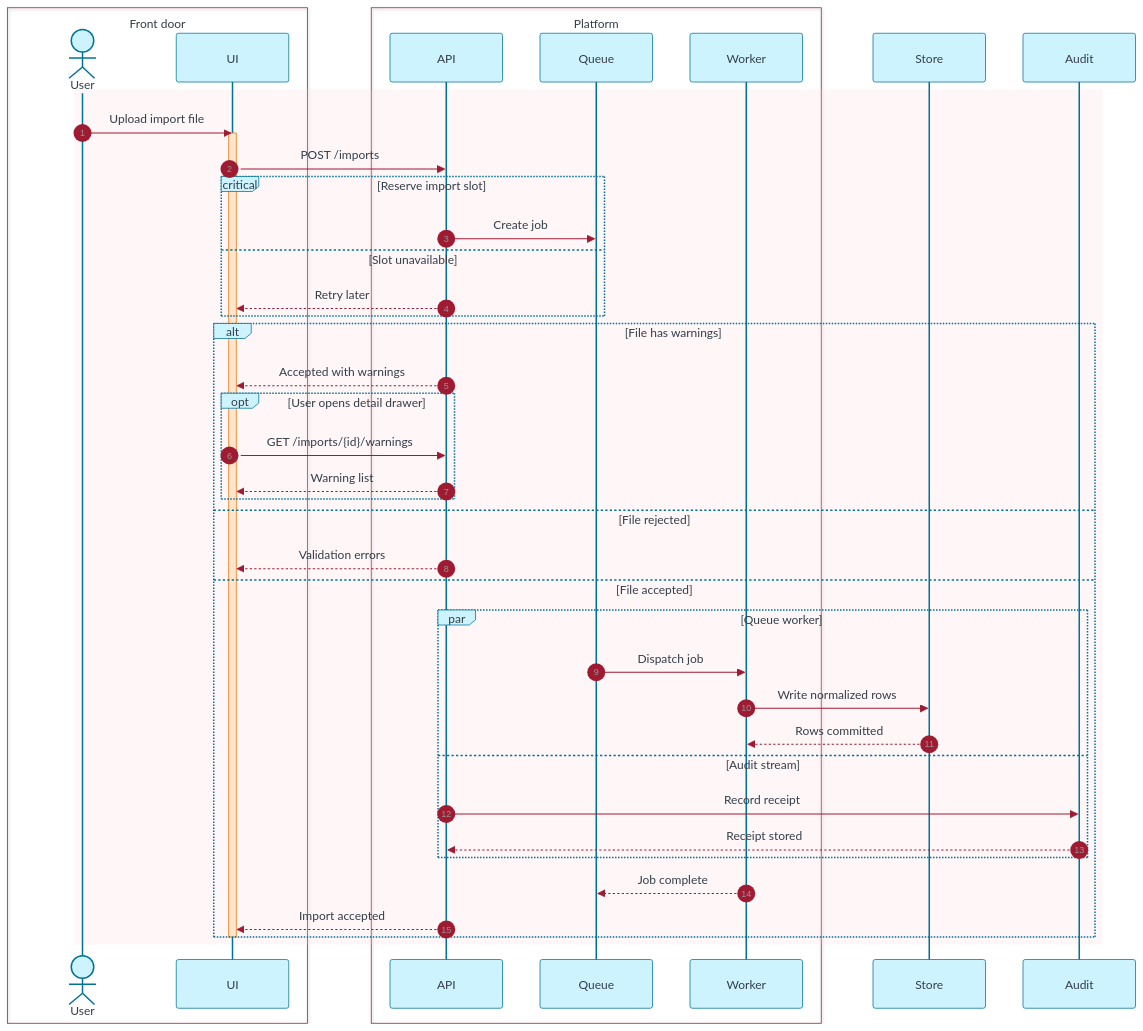
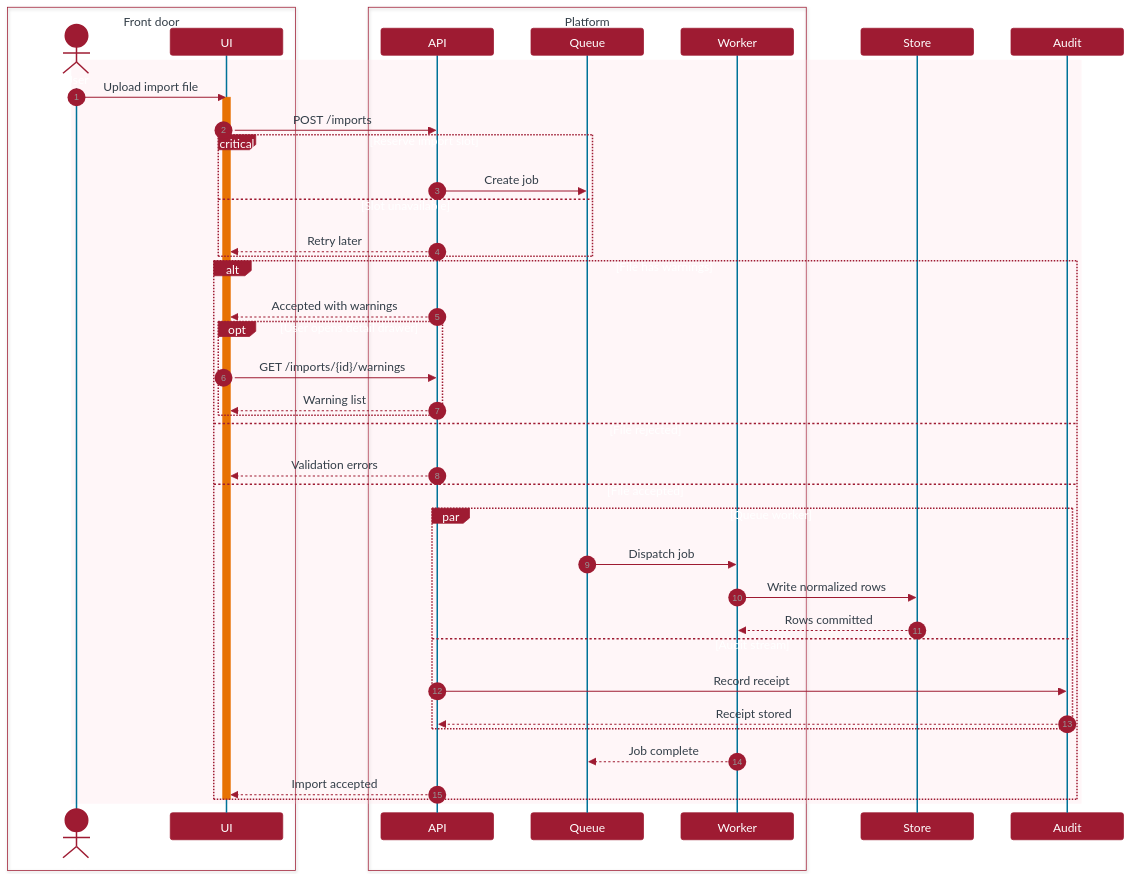
Before and after one commit to gvillarroel/skills: the diagram in skills/mermaid/assets/examples/mermaid-max-complexity/source/colorset2/sequence.mmd, drawn with Mermaid. The commit also changed 847 other files, not shown here.

```diff
--- a/skills/mermaid/assets/examples/mermaid-max-complexity/source/colorset2/sequence.mmd
+++ b/skills/mermaid/assets/examples/mermaid-max-complexity/source/colorset2/sequence.mmd
@@ -1,93 +1,99 @@
 ---
 # mermaid: config begin
 config:
   theme: "base"
   themeVariables:
     background: "#ffffff"
-    primaryColor: "#ffccd5"
-    primaryTextColor: "#333e48"
+    primaryColor: "#9e1b32"
+    primaryTextColor: "#ffffff"
     primaryBorderColor: "#9e1b32"
-    secondaryColor: "#cdf3ff"
-    secondaryTextColor: "#333e48"
+    secondaryColor: "#007298"
+    secondaryTextColor: "#ffffff"
     secondaryBorderColor: "#007298"
-    tertiaryColor: "#e7e7e7"
-    tertiaryTextColor: "#333e48"
-    tertiaryBorderColor: "#9c9c9c"
+    tertiaryColor: "#e77204"
+    tertiaryTextColor: "#000000"
+    tertiaryBorderColor: "#e77204"
     lineColor: "#696969"
     textColor: "#333e48"
-    mainBkg: "#cdf3ff"
-    nodeBkg: "#cdf3ff"
+    mainBkg: "#9e1b32"
+    nodeBkg: "#9e1b32"
     nodeBorder: "#9e1b32"
     clusterBkg: "#e7e7e7"
     clusterBorder: "#9c9c9c"
     defaultLinkColor: "#696969"
     edgeLabelBackground: "#ffffff"
-    noteBkgColor: "#dbffcc"
-    noteTextColor: "#333e48"
+    noteBkgColor: "#45842a"
+    noteTextColor: "#000000"
     noteBorderColor: "#45842a"
-    actorBkg: "#cdf3ff"
-    actorBorder: "#007298"
-    actorTextColor: "#333e48"
+    actorBkg: "#9e1b32"
+    actorBorder: "#9e1b32"
+    actorTextColor: "#ffffff"
     actorLineColor: "#007298"
     signalColor: "#9e1b32"
     signalTextColor: "#333e48"
     activationBorderColor: "#e77204"
-    activationBkgColor: "#ffe5cc"
-    labelColor: "#333e48"
+    activationBkgColor: "#e77204"
+    labelColor: "#ffffff"
     titleColor: "#333e48"
+  themeCSS: ".node > rect, .node > circle, .node > ellipse, .node > polygon, .node > path, rect.actor, .note, .task, .task0, .task1, .task2, .task3 { stroke-width: 0 !important; }"
+  sequence:
+    height: 36
+    boxMargin: 6
+    noteMargin: 8
+    messageMargin: 28
 # mermaid: config end
 # mermaid: metadata begin
 mermaid:
   colorset: "colorset2"
   mode: "extended"
   palette: "full-color-style"
 # mermaid: metadata end
 ---
 sequenceDiagram
   accTitle: Sequence maximum complexity showcase
   accDescr: A user import request crosses a front door and platform, then branches through critical capacity handling, warning and rejection alternatives, parallel worker persistence, and auditing.
   autonumber
   box Front door
     actor User
     participant UI
   end
   box Platform
     participant API
     participant Queue
     participant Worker
   end
   participant Store
   participant Audit
 
   rect rgba(255, 204, 213, 0.18)
     User->>UI: Upload import file
     activate UI
     UI->>API: POST /imports
     critical Reserve import slot
       API->>Queue: Create job
     option Slot unavailable
       API-->>UI: Retry later
     end
 
     alt File has warnings
       API-->>UI: Accepted with warnings
       opt User opens detail drawer
         UI->>API: GET /imports/{id}/warnings
         API-->>UI: Warning list
       end
     else File rejected
       API-->>UI: Validation errors
     else File accepted
       par Queue worker
         Queue->>Worker: Dispatch job
         Worker->>Store: Write normalized rows
         Store-->>Worker: Rows committed
       and Audit stream
         API->>Audit: Record receipt
         Audit-->>API: Receipt stored
       end
       Worker-->>Queue: Job complete
       API-->>UI: Import accepted
     end
     deactivate UI
   end
```
